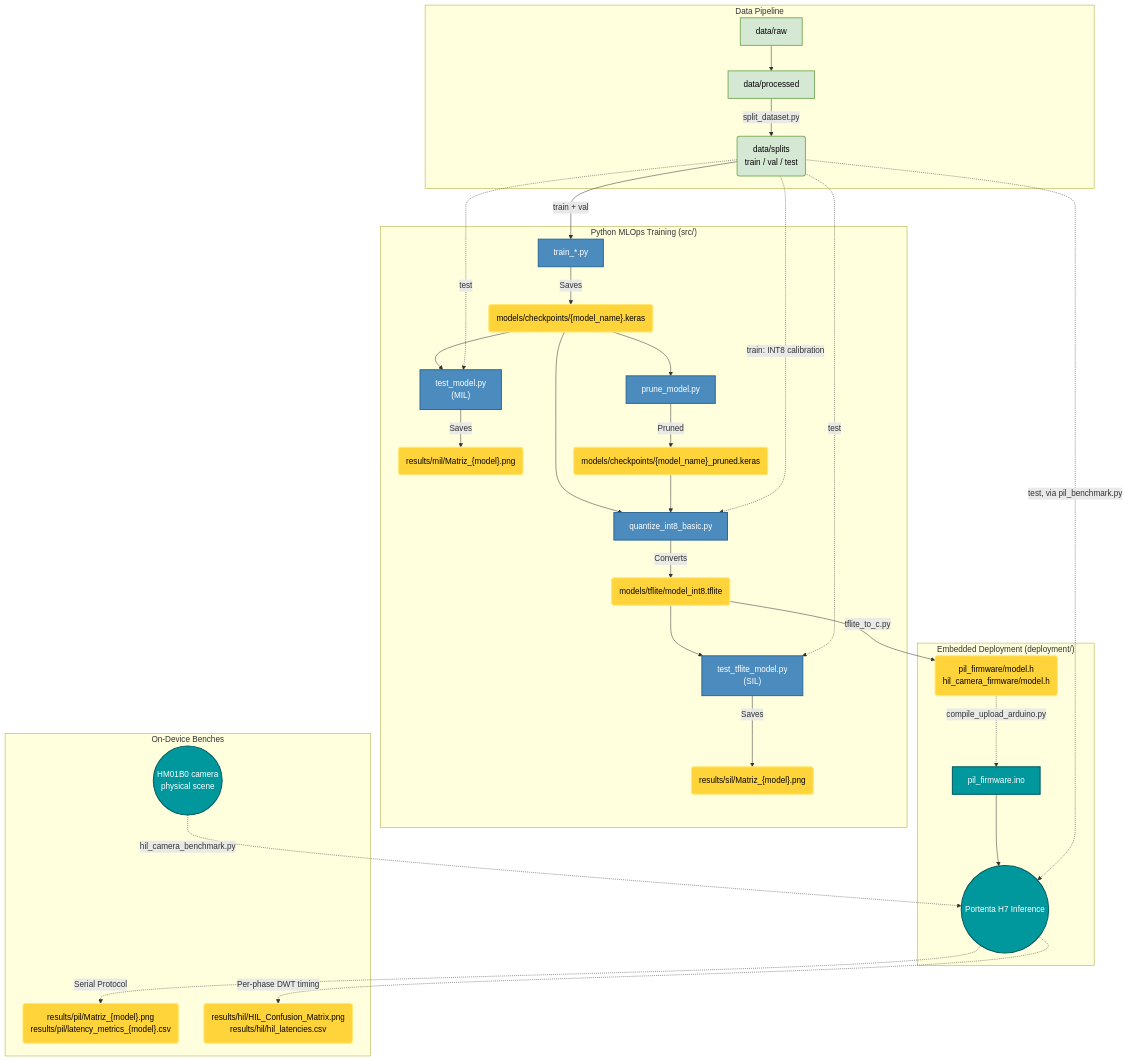
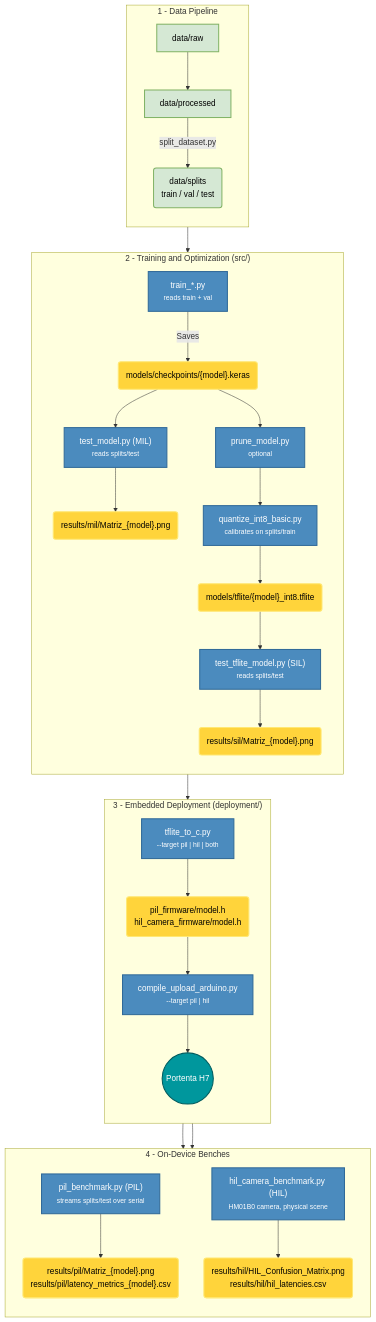
Before and after one commit to F4bian1012/Investigacion: the diagram in README.md, drawn with Mermaid.

Commit message:
docs: simplify and reorganize Mermaid MLOps pipeline graph in README

````diff
--- a/README.md
+++ b/README.md
@@ -97,44 +97,49 @@
 ```mermaid
 graph TD
     %% Styling
     classDef default fill:#f9f9f9,stroke:#333,stroke-width:2px,color:#000;
     classDef data fill:#D5E8D4,stroke:#82B366,stroke-width:2px,color:#000;
     classDef python fill:#4B8BBE,stroke:#306998,stroke-width:2px,color:#fff;
     classDef hardware fill:#00979D,stroke:#005C5F,stroke-width:2px,color:#fff;
     classDef artifact fill:#FFD43B,stroke:#FFE873,stroke-width:2px,color:#000;
 
-    subgraph "Data Pipeline"
+    subgraph DATA["1 - Data Pipeline"]
+        direction TB
         RAW[data/raw]:::data --> PROC[data/processed]:::data
         PROC -->|split_dataset.py| SPLITS("data/splits<br/>train / val / test"):::data
     end
 
-    subgraph "Python MLOps Training (src/)"
-        SPLITS -->|train + val| TRAIN[train_*.py]:::python
-        TRAIN -->|Saves| KERAS("models/checkpoints/{model_name}.keras"):::artifact
-        KERAS --> MIL_EVAL["test_model.py<br/>(MIL)"]:::python
-        SPLITS -.->|test| MIL_EVAL
-        MIL_EVAL -->|Saves| CM_MIL("results/mil/Matriz_{model}.png"):::artifact
-        KERAS --> PRUNE[prune_model.py]:::python
-        PRUNE -->|Pruned| KERAS_PRUNED("models/checkpoints/{model_name}_pruned.keras"):::artifact
-        KERAS --> OPT[quantize_int8_basic.py]:::python
-        KERAS_PRUNED --> OPT
-        SPLITS -.->|train: INT8 calibration| OPT
-        OPT -->|Converts| TFLITE(models/tflite/model_int8.tflite):::artifact
-        TFLITE --> EVAL["test_tflite_model.py<br/>(SIL)"]:::python
-        SPLITS -.->|test| EVAL
-        EVAL -->|Saves| CM_SIL("results/sil/Matriz_{model}.png"):::artifact
+    subgraph TRAINING["2 - Training and Optimization (src/)"]
+        direction TB
+        TRAIN["train_*.py<br/><small>reads train + val</small>"]:::python
+        TRAIN -->|Saves| KERAS("models/checkpoints/{model}.keras"):::artifact
+        KERAS --> MIL["test_model.py (MIL)<br/><small>reads splits/test</small>"]:::python
+        MIL --> CM_MIL("results/mil/Matriz_{model}.png"):::artifact
+        KERAS --> PRUNE["prune_model.py<br/><small>optional</small>"]:::python
+        PRUNE --> OPT["quantize_int8_basic.py<br/><small>calibrates on splits/train</small>"]:::python
+        OPT --> TFLITE("models/tflite/{model}_int8.tflite"):::artifact
+        TFLITE --> SIL["test_tflite_model.py (SIL)<br/><small>reads splits/test</small>"]:::python
+        SIL --> CM_SIL("results/sil/Matriz_{model}.png"):::artifact
     end
 
-    subgraph "Embedded Deployment (deployment/)"
-        TFLITE -->|tflite_to_c.py| HEADER("pil_firmware/model.h<br/>hil_camera_firmware/model.h"):::artifact
-        HEADER -.->|compile_upload_arduino.py| C_ENGINE[pil_firmware.ino]:::hardware
-        C_ENGINE --> INFERENCE((Portenta H7 Inference)):::hardware
+    subgraph DEPLOY["3 - Embedded Deployment (deployment/)"]
+        direction TB
+        HEADER["tflite_to_c.py<br/><small>--target pil | hil | both</small>"]:::python
+        HEADER --> MODEL_H("pil_firmware/model.h<br/>hil_camera_firmware/model.h"):::artifact
+        MODEL_H --> FLASH["compile_upload_arduino.py<br/><small>--target pil | hil</small>"]:::python
+        FLASH --> BOARD((Portenta H7)):::hardware
     end
 
-    subgraph "On-Device Benches"
-        SPLITS -.->|test, via pil_benchmark.py| INFERENCE
-        INFERENCE -.->|Serial Protocol| CM_PIL("results/pil/Matriz_{model}.png<br/>results/pil/latency_metrics_{model}.csv"):::artifact
-        CAM(("HM01B0 camera<br/>physical scene")):::hardware -.->|hil_camera_benchmark.py| INFERENCE
-        INFERENCE -.->|Per-phase DWT timing| CM_HIL("results/hil/HIL_Confusion_Matrix.png<br/>results/hil/hil_latencies.csv"):::artifact
+    subgraph BENCH["4 - On-Device Benches"]
+        direction TB
+        PIL["pil_benchmark.py (PIL)<br/><small>streams splits/test over serial</small>"]:::python
+        PIL --> CM_PIL("results/pil/Matriz_{model}.png<br/>results/pil/latency_metrics_{model}.csv"):::artifact
+        HIL["hil_camera_benchmark.py (HIL)<br/><small>HM01B0 camera, physical scene</small>"]:::python
+        HIL --> CM_HIL("results/hil/HIL_Confusion_Matrix.png<br/>results/hil/hil_latencies.csv"):::artifact
     end
+
+    SPLITS --> TRAIN
+    TFLITE --> HEADER
+    BOARD --> PIL
+    BOARD --> HIL
 ```
````
